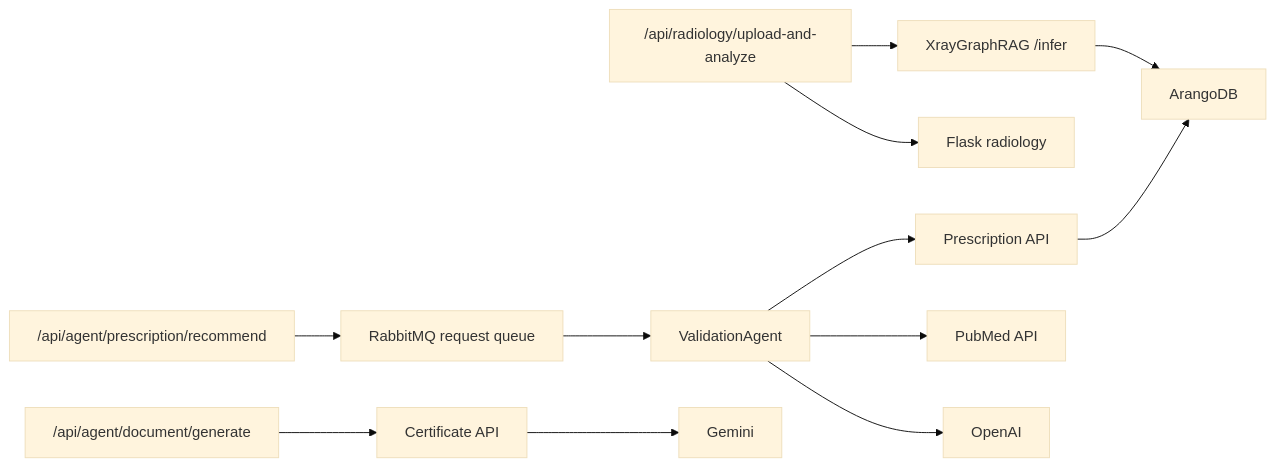
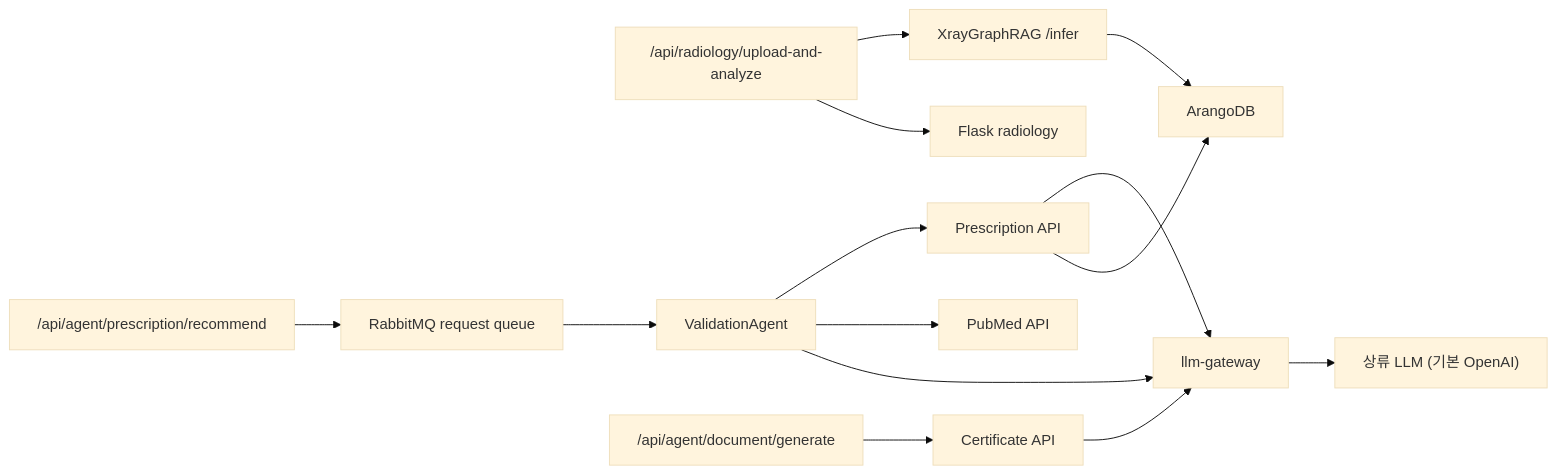
Before and after one commit to kjbddo/bitcomputer-emr: the third of 3 diagrams in Docs/03-api-endpoints.md, drawn with Mermaid (base theme). The commit also changed other lines of this file and 11 other files, not shown here.

````diff
--- a/Docs/03-api-endpoints.md
+++ b/Docs/03-api-endpoints.md
@@ -190,17 +207,19 @@
 ```mermaid
 flowchart LR
   Radiology["/api/radiology/upload-and-analyze"] --> Xray["XrayGraphRAG /infer"]
   Radiology --> Flask["Flask radiology"]
 
   RxStart["/api/agent/prescription/recommend"] --> RMQ["RabbitMQ request queue"]
   RMQ --> Val["ValidationAgent"]
   Val --> RxApi["Prescription API"]
   Val --> PubMed["PubMed API"]
-  Val --> OpenAI["OpenAI"]
+  Val --> GW["llm-gateway"]
 
   DocGen["/api/agent/document/generate"] --> Cert["Certificate API"]
-  Cert --> Gemini["Gemini"]
+  Cert --> GW
+  RxApi --> GW
+  GW --> Upstream["상류 LLM (기본 OpenAI)"]
 
   RxApi --> Arango["ArangoDB"]
   Xray --> Arango
 ```
````
